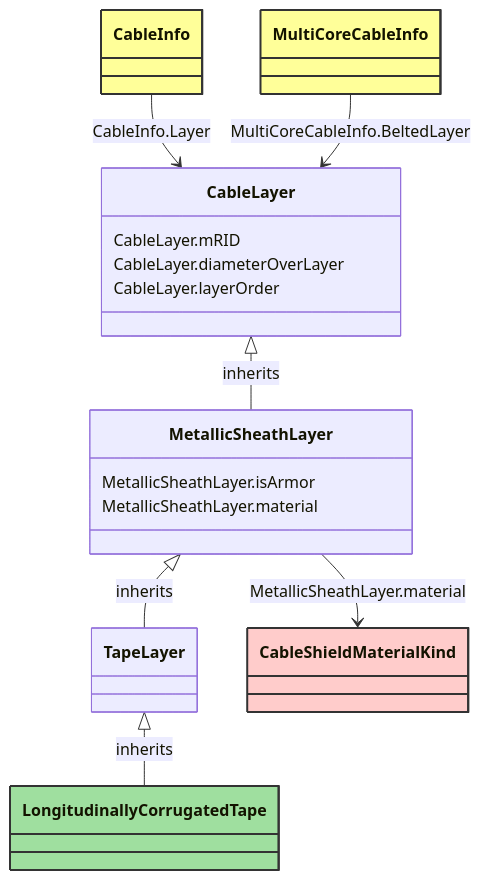
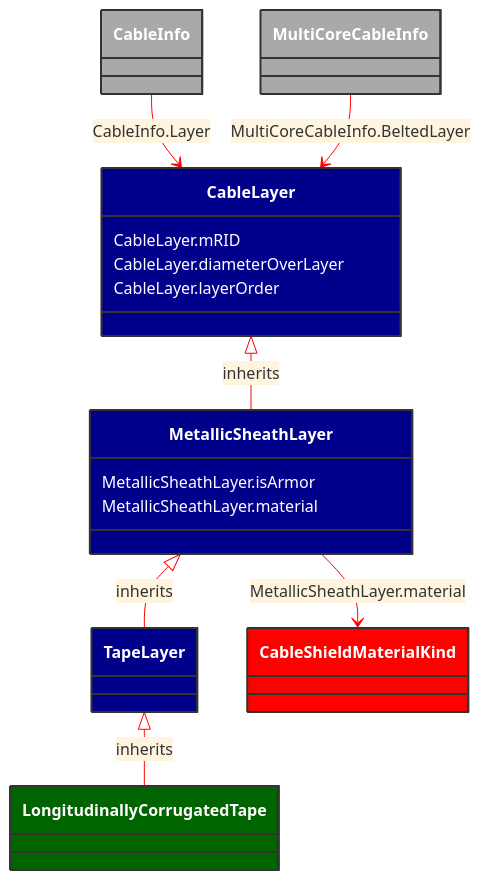
Before and after one commit to 3lbits/NoCIMExtensions: the diagram in docs/Models/Profiles/SubseaCableInfo/ConcreteClasses/LongitudinallyCorrugatedTape.md, drawn with Mermaid. The commit also changed 58 other files, not shown here.

````diff
--- a/docs/Models/Profiles/SubseaCableInfo/ConcreteClasses/LongitudinallyCorrugatedTape.md
+++ b/docs/Models/Profiles/SubseaCableInfo/ConcreteClasses/LongitudinallyCorrugatedTape.md
@@ -8,47 +8,48 @@
 ```mermaid
+%%{init: {'theme':'base','themeVariables': {'lineColor': '#FF0000'}}}%%
 classDiagram
     class LongitudinallyCorrugatedTape
     click LongitudinallyCorrugatedTape href "/Models/Profiles/SubseaCableInfo/ConcreteClasses/LongitudinallyCorrugatedTape/"
-    style LongitudinallyCorrugatedTape fill:#9fdf9f,stroke:#333,stroke-width:2px,rx:10,ry:10
+    style LongitudinallyCorrugatedTape fill:#006400,stroke:#333,stroke-width:2px,rx:10,ry:10,color:white
 
         TapeLayer <|-- LongitudinallyCorrugatedTape : inherits
             click TapeLayer href "/Models/Profiles/SubseaCableInfo/ConcreteClasses/TapeLayer/"
-            style TapeLayer rx:10,ry:10
+            style TapeLayer fill:#00008B,stroke:#333,stroke-width:2px,rx:10,ry:10,color:white
 
         LongitudinallyCorrugatedTape
             click LongitudinallyCorrugatedTape href "/Models/Profiles/SubseaCableInfo/ConcreteClasses/LongitudinallyCorrugatedTape/"
-            style LongitudinallyCorrugatedTape rx:10,ry:10
+            style TapeLayer fill:#00008B,stroke:#333,stroke-width:2px,rx:10,ry:10,color:white
 
         MetallicSheathLayer <|-- TapeLayer : inherits
             click MetallicSheathLayer href "/Models/Profiles/SubseaCableInfo/ConcreteClasses/MetallicSheathLayer/"
-            style MetallicSheathLayer rx:10,ry:10
+            style MetallicSheathLayer fill:#00008B,stroke:#333,stroke-width:2px,rx:10,ry:10,color:white
 
         CableLayer <|-- MetallicSheathLayer : inherits
             click CableLayer href "/Models/Profiles/SubseaCableInfo/AbstractClasses/CableLayer/"
-            style CableLayer rx:10,ry:10
+            style CableLayer fill:#00008B,stroke:#333,stroke-width:2px,rx:10,ry:10,color:white
 
 
         CableInfo --> CableLayer : CableInfo.Layer
 
         CableInfo
             click CableInfo href "/Models/Profiles/SubseaCableInfo/ConcreteClasses/CableInfo/"
-            style CableInfo fill:#ffff99,stroke:#333,stroke-width:2px,rx:10,ry:10
+            style CableInfo fill:#A9A9A9,stroke:#333,stroke-width:2px,rx:10,ry:10,color:white
 
         MultiCoreCableInfo --> CableLayer : MultiCoreCableInfo.BeltedLayer
 
         MultiCoreCableInfo
             click MultiCoreCableInfo href "/Models/Profiles/SubseaCableInfo/ConcreteClasses/MultiCoreCableInfo/"
-            style MultiCoreCableInfo fill:#ffff99,stroke:#333,stroke-width:2px,rx:10,ry:10
+            style MultiCoreCableInfo fill:#A9A9A9,stroke:#333,stroke-width:2px,rx:10,ry:10,color:white
 
         MetallicSheathLayer --> CableShieldMaterialKind : MetallicSheathLayer.material
 
         CableShieldMaterialKind
             click CableShieldMaterialKind href "/Models/Profiles/SubseaCableInfo/Enumerations/CableShieldMaterialKind/"
-            style CableShieldMaterialKind fill:#FFCCCB,stroke:#333,stroke-width:2px,rx:10,ry:10
+            style CableShieldMaterialKind fill:#FF0000,stroke:#333,stroke-width:2px,rx:10,ry:10,color:white
 
         MetallicSheathLayer : MetallicSheathLayer.isArmor
         MetallicSheathLayer : MetallicSheathLayer.material
         CableLayer : CableLayer.mRID
         CableLayer : CableLayer.diameterOverLayer
         CableLayer : CableLayer.layerOrder
 ```
````
